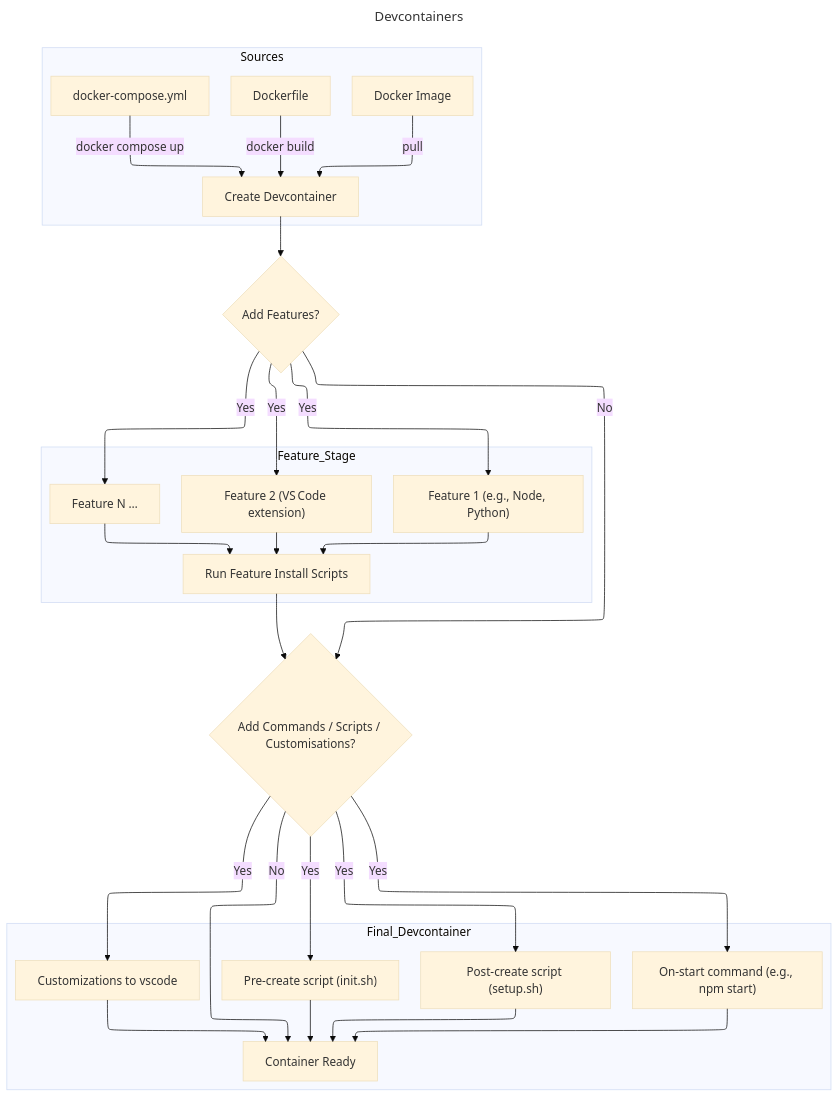
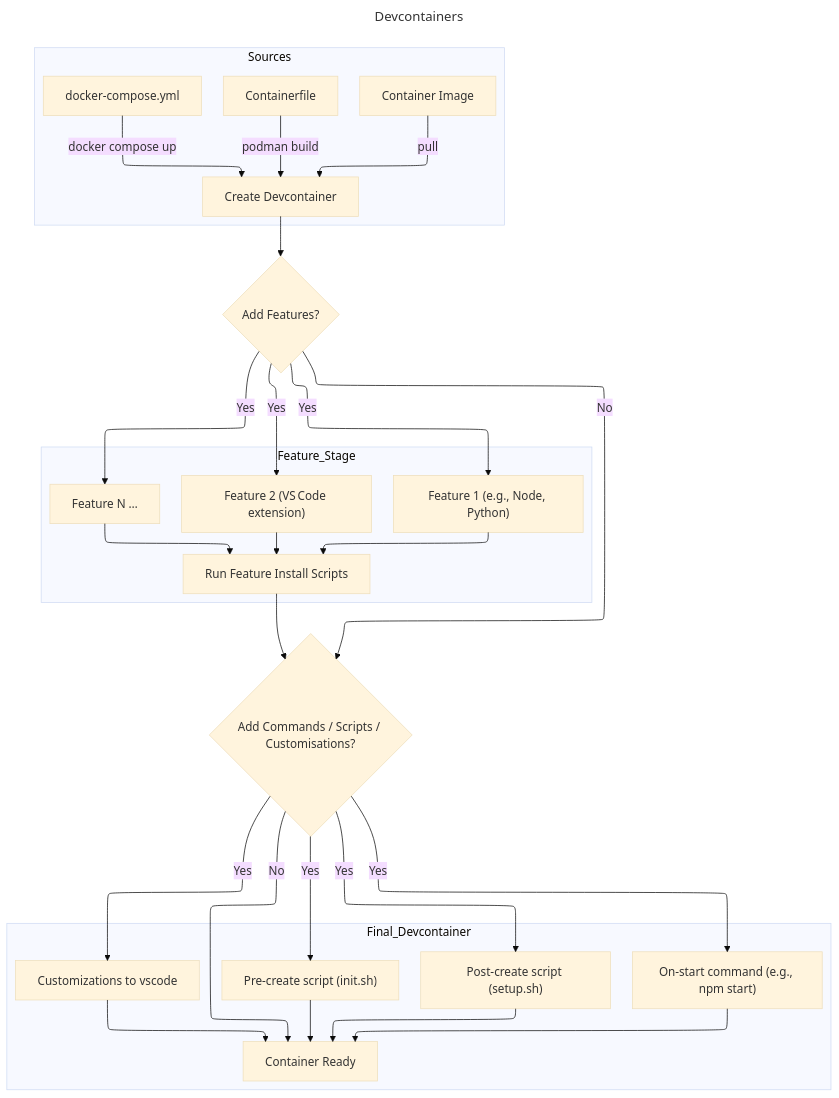
The diagram in docs/posts/devcontainers.md (binnes/blog), drawn with Mermaid (base theme) before and after one commit. The commit also changed other lines of this file and 5 other files, not shown here.

````diff
--- a/docs/posts/devcontainers.md
+++ b/docs/posts/devcontainers.md
@@ -28,49 +46,50 @@
-```mermaid
+```Mermaid
 ---
 title: Devcontainers
 config:
   layout: elk
 ---
+
 flowchart TD
-    %% ---------- Sources ----------
-    subgraph Sources
-        img["Docker Image"] -->|pull| createDevcontainer[Create Devcontainer]
-        df["Dockerfile"]   -->|docker build| createDevcontainer
-        dc["docker‑compose.yml"] -->|docker compose up| createDevcontainer
-    end
+%% ---------- Sources ----------
+subgraph Sources
+    img["Container Image"] -->|pull| createDevcontainer[Create Devcontainer]
+    df["Containerfile"]   -->|podman build| createDevcontainer
+    dc["docker‑compose.yml"] -->|docker compose up| createDevcontainer
+end
 
-    %% ---------- Creation ----------
-    createDevcontainer --> decideFeatures{Add Features?}  
-    
-    %% ---------- Feature selection ----------
-    decideFeatures -- Yes --> feat1["Feature 1 (e.g., Node, Python)"]
-    decideFeatures -- Yes --> feat2["Feature 2 (VS Code extension)"]
-    decideFeatures -- Yes --> featN["Feature N …"]
-    decideFeatures -- No --> decideScripts{Add Commands / Scripts?}
+%% ---------- Creation ----------
+createDevcontainer --> decideFeatures{Add Features?}  
 
-    %% Aggregate feature install scripts
-    subgraph Feature_Stage
-        direction TB
-        feat1 --> installScripts[Run Feature Install Scripts]
-        feat2 --> installScripts
-        featN --> installScripts
-    end
-    
-    %% ---------- Commands / Scripts ----------
-    installScripts --> decideScripts{"Add Commands / Scripts / Customisations?"}
+%% ---------- Feature selection ----------
+decideFeatures -- Yes --> feat1["Feature 1 (e.g., Node, Python)"]
+decideFeatures -- Yes --> feat2["Feature 2 (VS Code extension)"]
+decideFeatures -- Yes --> featN["Feature N …"]
+decideFeatures -- No --> decideScripts{Add Commands / Scripts?}
 
-    decideScripts -- Yes --> preCreate["Pre‑create script (init.sh)"]
-    decideScripts -- Yes --> postCreate["Post‑create script (setup.sh)"]
-    decideScripts -- Yes --> onStart["On‑start command (e.g., npm start)"]
-    decideScripts -- Yes --> customizations["Customizations to vscode"]
-    decideScripts -- No --> ready[Container Ready]
-    
-    %% ---------- Final container ----------
-    subgraph Final_Devcontainer
-        direction TB
-        preCreate --> ready
-        postCreate --> ready
-        onStart   --> ready
-        customizations --> ready
-    end
+%% Aggregate feature install scripts
+subgraph Feature_Stage
+    direction TB
+    feat1 --> installScripts[Run Feature Install Scripts]
+    feat2 --> installScripts
+    featN --> installScripts
+end
+
+%% ---------- Commands / Scripts ----------
+installScripts --> decideScripts{"Add Commands / Scripts / Customisations?"}
+
+decideScripts -- Yes --> preCreate["Pre‑create script (init.sh)"]
+decideScripts -- Yes --> postCreate["Post‑create script (setup.sh)"]
+decideScripts -- Yes --> onStart["On‑start command (e.g., npm start)"]
+decideScripts -- Yes --> customizations["Customizations to vscode"]
+decideScripts -- No --> ready[Container Ready]
+
+%% ---------- Final container ----------
+subgraph Final_Devcontainer
+    direction TB
+    preCreate --> ready
+    postCreate --> ready
+    onStart   --> ready
+    customizations --> ready
+end
 ```
````
